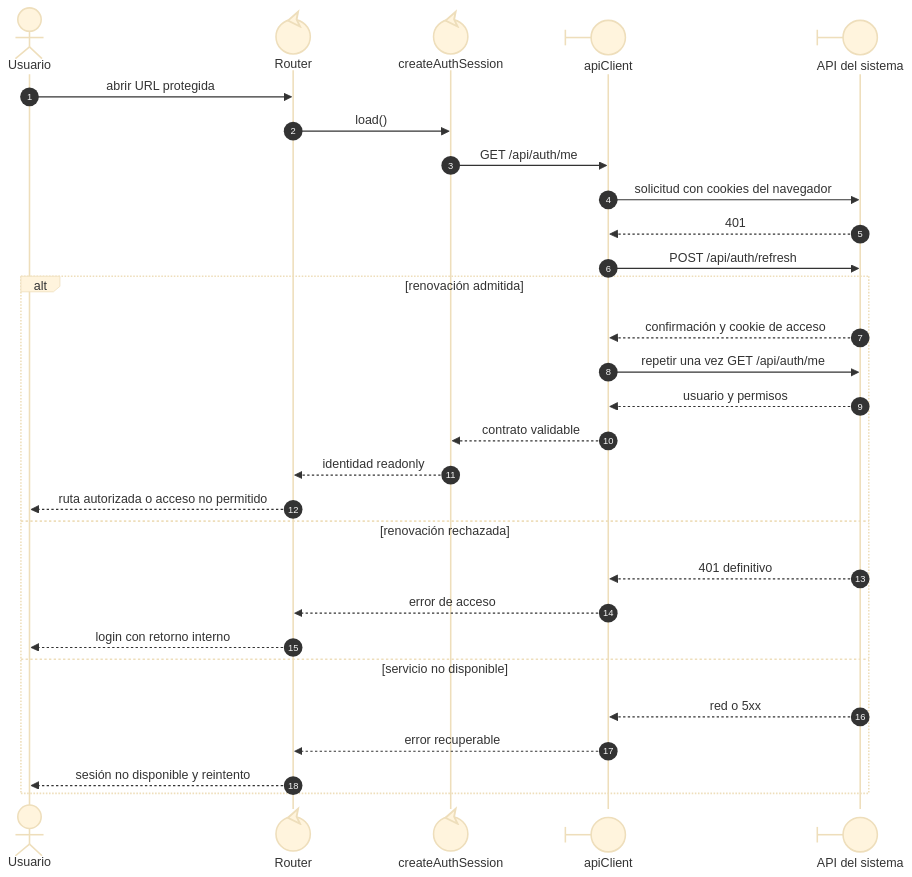
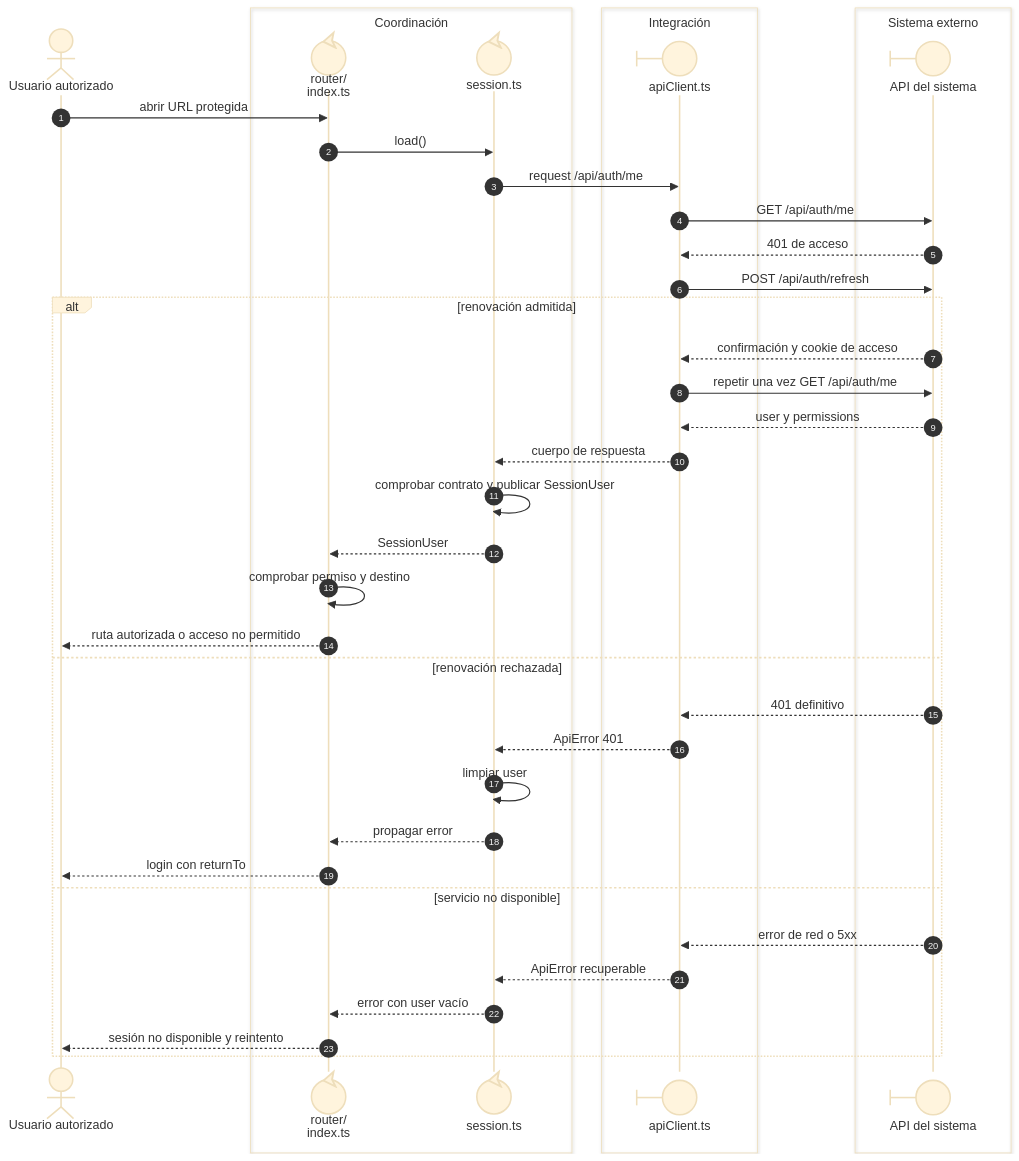
The diagram in front/docs/architecture/views/processes/01-session/01-bootstrap-and-session.md (gpgsistemas01/nexus), drawn with Mermaid (base theme) before and after one commit. The commit also changed other lines of this file and 46 other files, not shown here.

````diff
--- a/front/docs/architecture/views/processes/01-session/01-bootstrap-and-session.md
+++ b/front/docs/architecture/views/processes/01-session/01-bootstrap-and-session.md
@@ -19,31 +19,42 @@
 ```mermaid
 sequenceDiagram
     autonumber
-    actor Usuario
-    participant Router@{ "type": "control" } as Router
-    participant Sesion@{ "type": "control" } as createAuthSession
-    participant HTTP@{ "type": "boundary" } as apiClient
+    actor U as Usuario autorizado
+    box Coordinación
+    participant Route@{ "type": "control" } as router/<br/>index.ts
+    participant Session@{ "type": "control" } as session.ts
+    end
+    box Integración
+    participant HTTP@{ "type": "boundary" } as apiClient.ts
+    end
+    box Sistema externo
     participant API@{ "type": "boundary" } as API del sistema
-    Usuario->>Router: abrir URL protegida
-    Router->>Sesion: load()
-    Sesion->>HTTP: GET /api/auth/me
-    HTTP->>API: solicitud con cookies del navegador
-    API-->>HTTP: 401
+    end
+    U->>Route: abrir URL protegida
+    Route->>Session: load()
+    Session->>HTTP: request /api/auth/me
+    HTTP->>API: GET /api/auth/me
+    API-->>HTTP: 401 de acceso
     HTTP->>API: POST /api/auth/refresh
     alt renovación admitida
         API-->>HTTP: confirmación y cookie de acceso
         HTTP->>API: repetir una vez GET /api/auth/me
-        API-->>HTTP: usuario y permisos
-        HTTP-->>Sesion: contrato validable
-        Sesion-->>Router: identidad readonly
-        Router-->>Usuario: ruta autorizada o acceso no permitido
+        API-->>HTTP: user y permissions
+        HTTP-->>Session: cuerpo de respuesta
+        Session->>Session: comprobar contrato y publicar SessionUser
+        Session-->>Route: SessionUser
+        Route->>Route: comprobar permiso y destino
+        Route-->>U: ruta autorizada o acceso no permitido
     else renovación rechazada
         API-->>HTTP: 401 definitivo
-        HTTP-->>Router: error de acceso
-        Router-->>Usuario: login con retorno interno
+        HTTP-->>Session: ApiError 401
+        Session->>Session: limpiar user
+        Session-->>Route: propagar error
+        Route-->>U: login con returnTo
     else servicio no disponible
-        API-->>HTTP: red o 5xx
-        HTTP-->>Router: error recuperable
-        Router-->>Usuario: sesión no disponible y reintento
+        API-->>HTTP: error de red o 5xx
+        HTTP-->>Session: ApiError recuperable
+        Session-->>Route: error con user vacío
+        Route-->>U: sesión no disponible y reintento
     end
 ```
````
